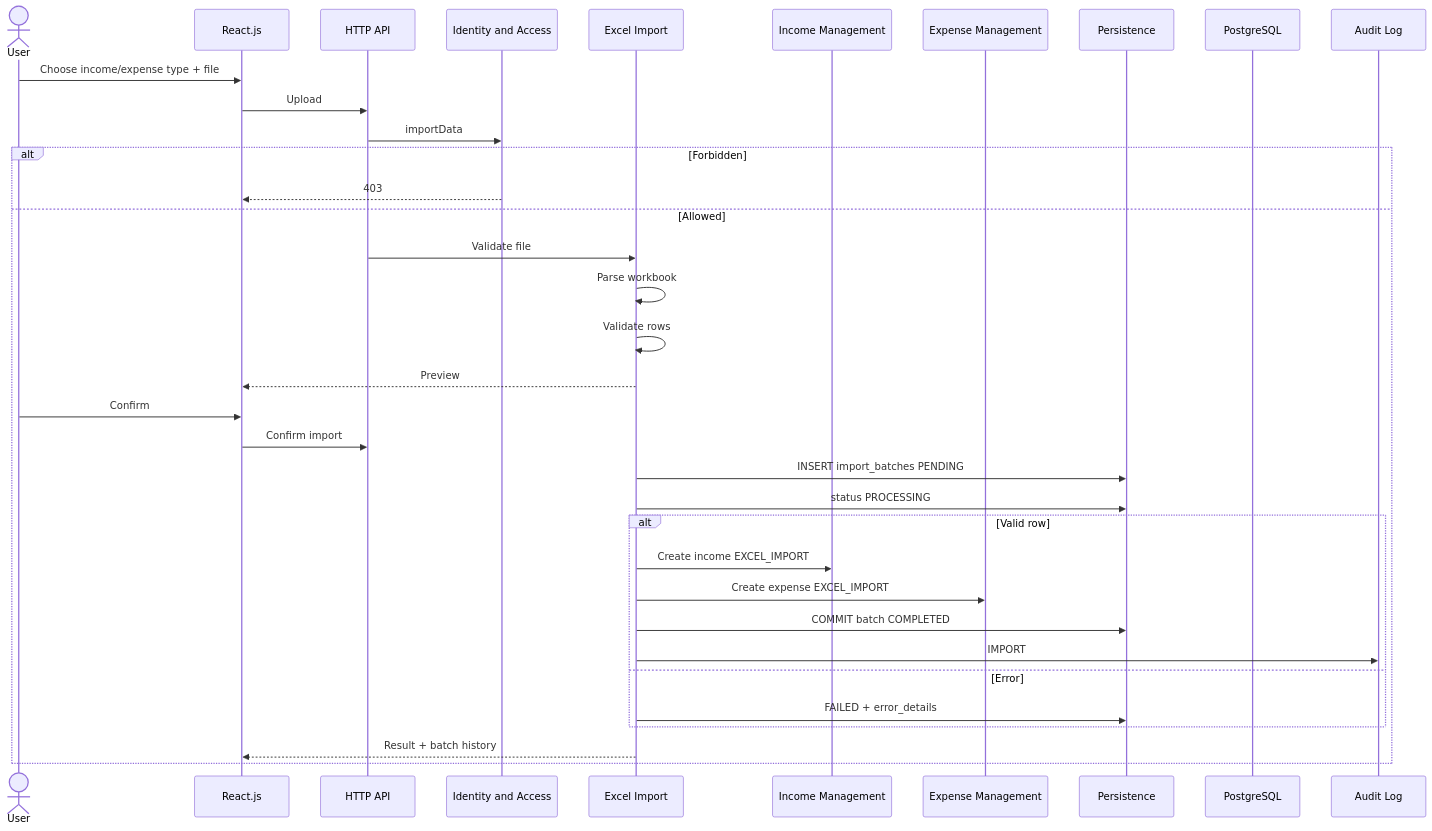
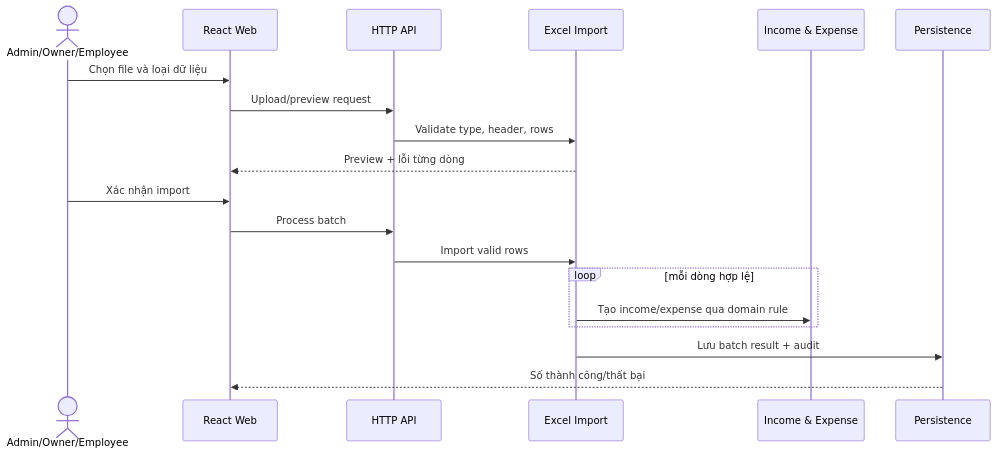
Before and after one commit to PhamHiep948/finance-manager: the third of 4 diagrams in docs/architecture/arc42/06-runtime-view.md, drawn with Mermaid. The commit also changed other lines of this file and 63 other files, not shown here.

````diff
--- a/docs/architecture/arc42/06-runtime-view.md
+++ b/docs/architecture/arc42/06-runtime-view.md
@@ -141,38 +55,21 @@
 ```mermaid
 sequenceDiagram
-  actor User
-  participant React as React.js
-  participant API as HTTP API
-  participant Id as Identity and Access
-  participant Imp as Excel Import
-  participant Inc as Income Management
-  participant Exp as Expense Management
-  participant P as Persistence
-  participant DB as PostgreSQL
-  participant Aud as Audit Log
-
-  User->>React: Choose income/expense type + file
-  React->>API: Upload
-  API->>Id: importData
-  alt Forbidden
-    Id-->>React: 403
-  else Allowed
-    API->>Imp: Validate file
-    Imp->>Imp: Parse workbook
-    Imp->>Imp: Validate rows
-    Imp-->>React: Preview
-    User->>React: Confirm
-    React->>API: Confirm import
-    Imp->>P: INSERT import_batches PENDING
-    Imp->>P: status PROCESSING
-    alt Valid row
-      Imp->>Inc: Create income EXCEL_IMPORT
-      Imp->>Exp: Create expense EXCEL_IMPORT
-      Imp->>P: COMMIT batch COMPLETED
-      Imp->>Aud: IMPORT
-    else Error
-      Imp->>P: FAILED + error_details
+    actor U as Admin/Owner/Employee
+    participant W as React Web
+    participant A as HTTP API
+    participant X as Excel Import
+    participant L as Income & Expense
+    participant R as Persistence
+    U->>W: Chọn file và loại dữ liệu
+    W->>A: Upload/preview request
+    A->>X: Validate type, header, rows
+    X-->>W: Preview + lỗi từng dòng
+    U->>W: Xác nhận import
+    W->>A: Process batch
+    A->>X: Import valid rows
+    loop mỗi dòng hợp lệ
+        X->>L: Tạo income/expense qua domain rule
     end
-    Imp-->>React: Result + batch history
-  end
+    X->>R: Lưu batch result + audit
+    R-->>W: Số thành công/thất bại
 ```
````
